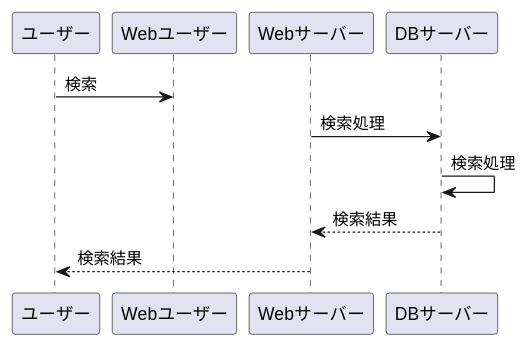
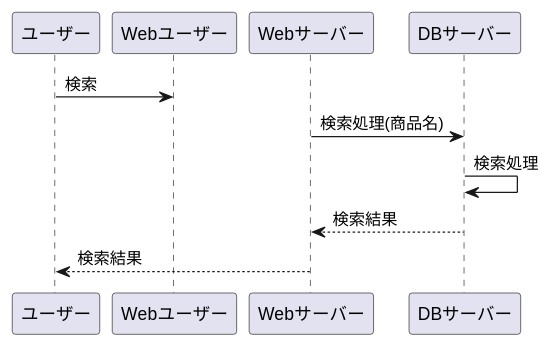
The diagram in aso.md (Aso2001014/2021sys-design), drawn with PlantUML before and after one commit.

````diff
--- a/aso.md
+++ b/aso.md
@@ -1,9 +1,9 @@
 ```uml
 @startuml
 ユーザー -> Webユーザー : 検索
-Webサーバー -> DBサーバー : 検索処理
+Webサーバー -> DBサーバー : 検索処理(商品名)
 DBサーバー -> DBサーバー : 検索処理
 DBサーバー -->Webサーバー : 検索結果
 Webサーバー --> ユーザー : 検索結果
 @enduml
 ```
````
